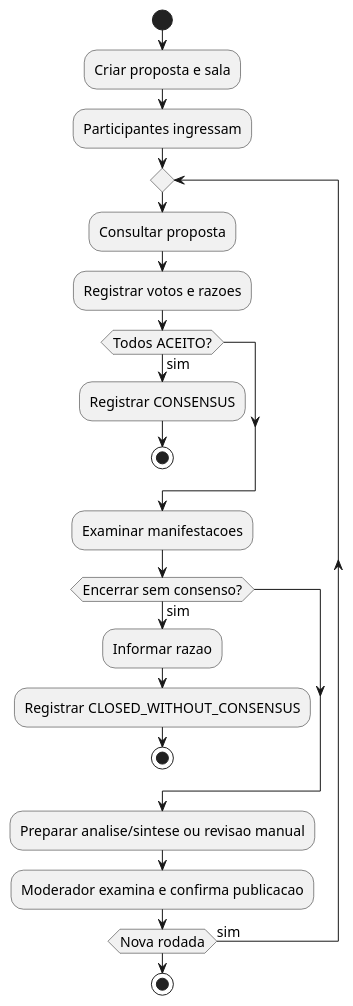
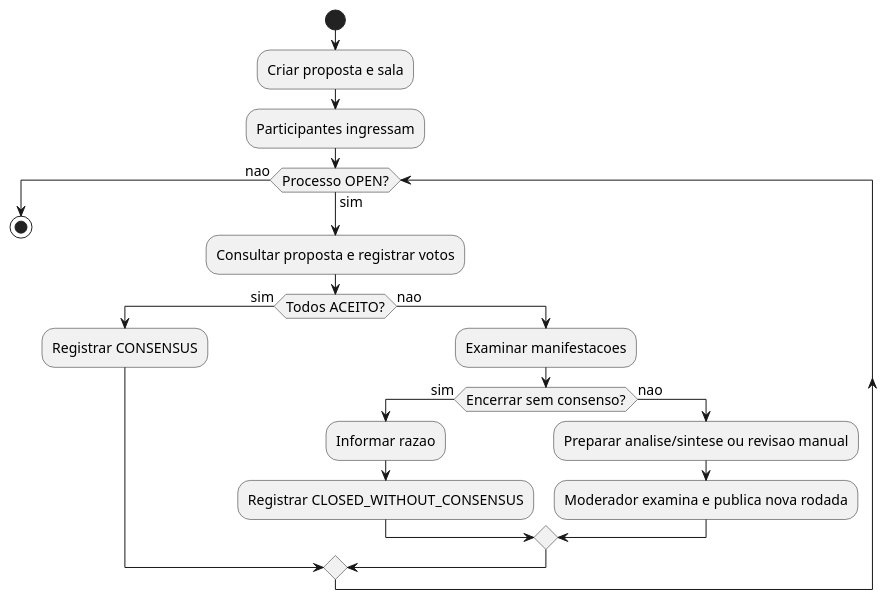
Before and after one commit to MRmoratelli/tcc-decisao-coletiva: the diagram in prototype-v2/docs/entrega-academica/diagramas/F11.puml, drawn with PlantUML. The commit also changed 9 other files, not shown here.

```diff
--- a/prototype-v2/docs/entrega-academica/diagramas/F11.puml
+++ b/prototype-v2/docs/entrega-academica/diagramas/F11.puml
@@ -1,25 +1,23 @@
 @startuml
 skinparam defaultFontSize 14
 skinparam shadowing false
-skinparam backgroundColor white
 start
 :Criar proposta e sala;
 :Participantes ingressam;
-repeat
-:Consultar proposta;
-:Registrar votos e razoes;
+while (Processo OPEN?) is (sim)
+:Consultar proposta e registrar votos;
 if (Todos ACEITO?) then (sim)
 :Registrar CONSENSUS;
-stop
-endif
+else (nao)
 :Examinar manifestacoes;
 if (Encerrar sem consenso?) then (sim)
 :Informar razao;
 :Registrar CLOSED_WITHOUT_CONSENSUS;
-stop
+else (nao)
+:Preparar analise/sintese ou revisao manual;
+:Moderador examina e publica nova rodada;
 endif
-:Preparar analise/sintese ou revisao manual;
-:Moderador examina e confirma publicacao;
-repeat while (Nova rodada) is (sim)
+endif
+endwhile (nao)
 stop
 @enduml
```
